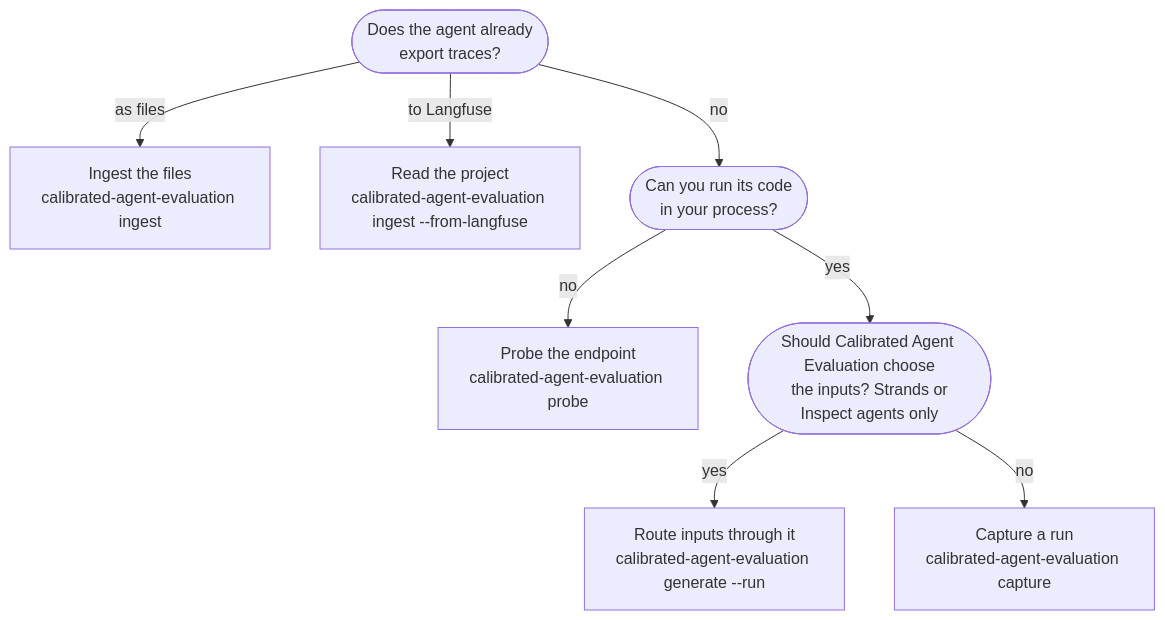
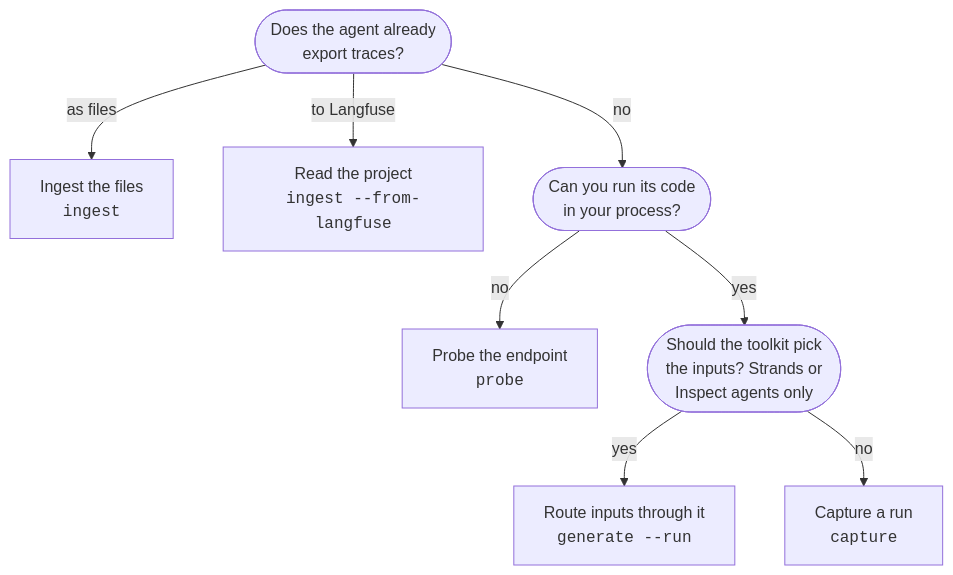
One commit to awslabs/calibrated-agent-evaluation changed the diagram in docs/site/content/includes/diagrams/integration-decision.md. Above: the diagram before and after it, drawn with Mermaid. The commit also changed 28 other files, not shown here.

````diff
--- a/docs/site/content/includes/diagrams/integration-decision.md
+++ b/docs/site/content/includes/diagrams/integration-decision.md
@@ -3,11 +3,11 @@
 ```mermaid
 flowchart TD
     traces(["Does the agent already<br/>export traces?"])
-    traces -- "as files" --> files["Ingest the files<br/>calibrated-agent-evaluation ingest"]
-    traces -- "to Langfuse" --> lf["Read the project<br/>calibrated-agent-evaluation ingest --from-langfuse"]
+    traces -- "as files" --> files["Ingest the files<br/><code>ingest</code>"]
+    traces -- "to Langfuse" --> lf["Read the project<br/><code>ingest --from-langfuse</code>"]
     traces -- "no" --> code(["Can you run its code<br/>in your process?"])
-    code -- no --> probe["Probe the endpoint<br/>calibrated-agent-evaluation probe"]
-    code -- yes --> drive(["Should Calibrated Agent Evaluation choose<br/>the inputs? Strands or<br/>Inspect agents only"])
-    drive -- yes --> route["Route inputs through it<br/>calibrated-agent-evaluation generate --run"]
-    drive -- no --> capture["Capture a run<br/>calibrated-agent-evaluation capture"]
+    code -- no --> probe["Probe the endpoint<br/><code>probe</code>"]
+    code -- yes --> drive(["Should the toolkit pick<br/>the inputs? Strands or<br/>Inspect agents only"])
+    drive -- yes --> route["Route inputs through it<br/><code>generate --run</code>"]
+    drive -- no --> capture["Capture a run<br/><code>capture</code>"]
 ```
````
